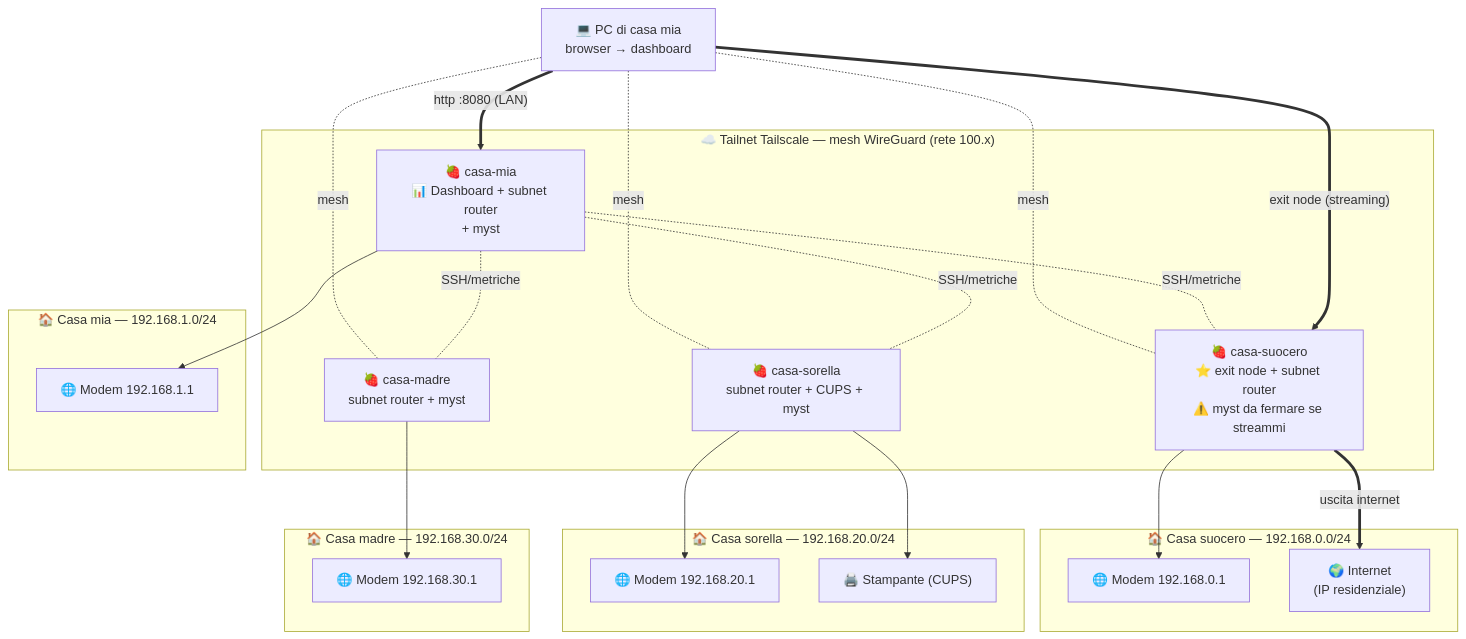
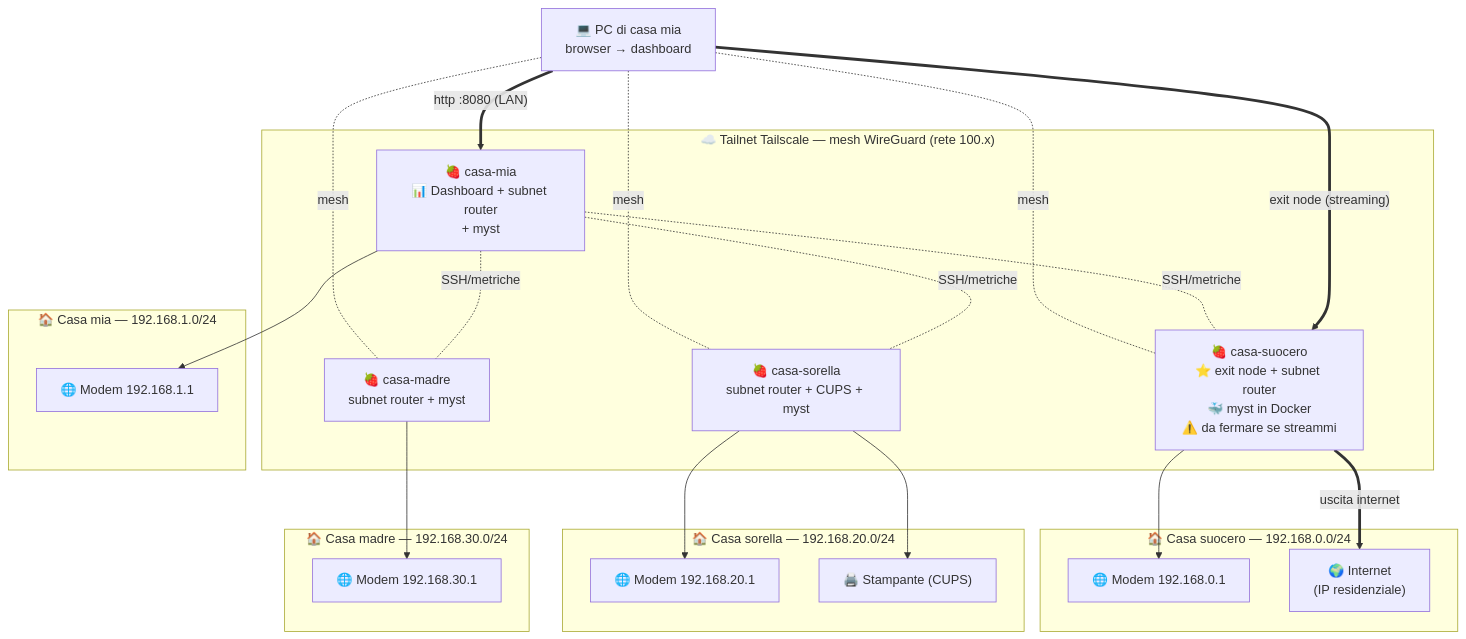
Before and after one commit to jecko1989/dashboard-raspi: the diagram in SETUP_CONSIGLIATO.md, drawn with Mermaid. The commit also changed other lines of this file and 2 other files, not shown here.

First line of the commit message:
docs: documenta myst-in-Docker su casa suocero (topologia, sudoers, motivazione)

````diff
--- a/SETUP_CONSIGLIATO.md
+++ b/SETUP_CONSIGLIATO.md
@@ -111,44 +111,44 @@
 ```mermaid
 flowchart TB
     pc["💻 PC di casa mia<br/>browser → dashboard"]
 
     subgraph mesh["☁️ Tailnet Tailscale — mesh WireGuard (rete 100.x)"]
         nMia["🍓 casa-mia<br/>📊 Dashboard + subnet router<br/>+ myst"]
-        nSuocero["🍓 casa-suocero<br/>⭐ exit node + subnet router<br/>⚠️ myst da fermare se streammi"]
+        nSuocero["🍓 casa-suocero<br/>⭐ exit node + subnet router<br/>🐳 myst in Docker<br/>⚠️ da fermare se streammi"]
         nSorella["🍓 casa-sorella<br/>subnet router + CUPS + myst"]
         nMadre["🍓 casa-madre<br/>subnet router + myst"]
     end
 
     pc == "http :8080 (LAN)" ==> nMia
     pc -. mesh .- nSuocero
     pc -. mesh .- nSorella
     pc -. mesh .- nMadre
 
     nMia -. SSH/metriche .- nSuocero
     nMia -. SSH/metriche .- nSorella
     nMia -. SSH/metriche .- nMadre
 
     subgraph lanMia["🏠 Casa mia — 192.168.1.0/24"]
         modemMia["🌐 Modem 192.168.1.1"]
     end
     subgraph lanSuocero["🏠 Casa suocero — 192.168.0.0/24"]
         modemSuocero["🌐 Modem 192.168.0.1"]
         internetSuocero["🌍 Internet<br/>(IP residenziale)"]
     end
     subgraph lanSorella["🏠 Casa sorella — 192.168.20.0/24"]
         modemSorella["🌐 Modem 192.168.20.1"]
         printerSorella["🖨️ Stampante (CUPS)"]
     end
     subgraph lanMadre["🏠 Casa madre — 192.168.30.0/24"]
         modemMadre["🌐 Modem 192.168.30.1"]
     end
 
     nMia --> modemMia
     nSuocero --> modemSuocero
     nSorella --> modemSorella
     nSorella --> printerSorella
     nMadre --> modemMadre
 
     pc == "exit node (streaming)" ==> nSuocero
     nSuocero == "uscita internet" ==> internetSuocero
 ```
````
